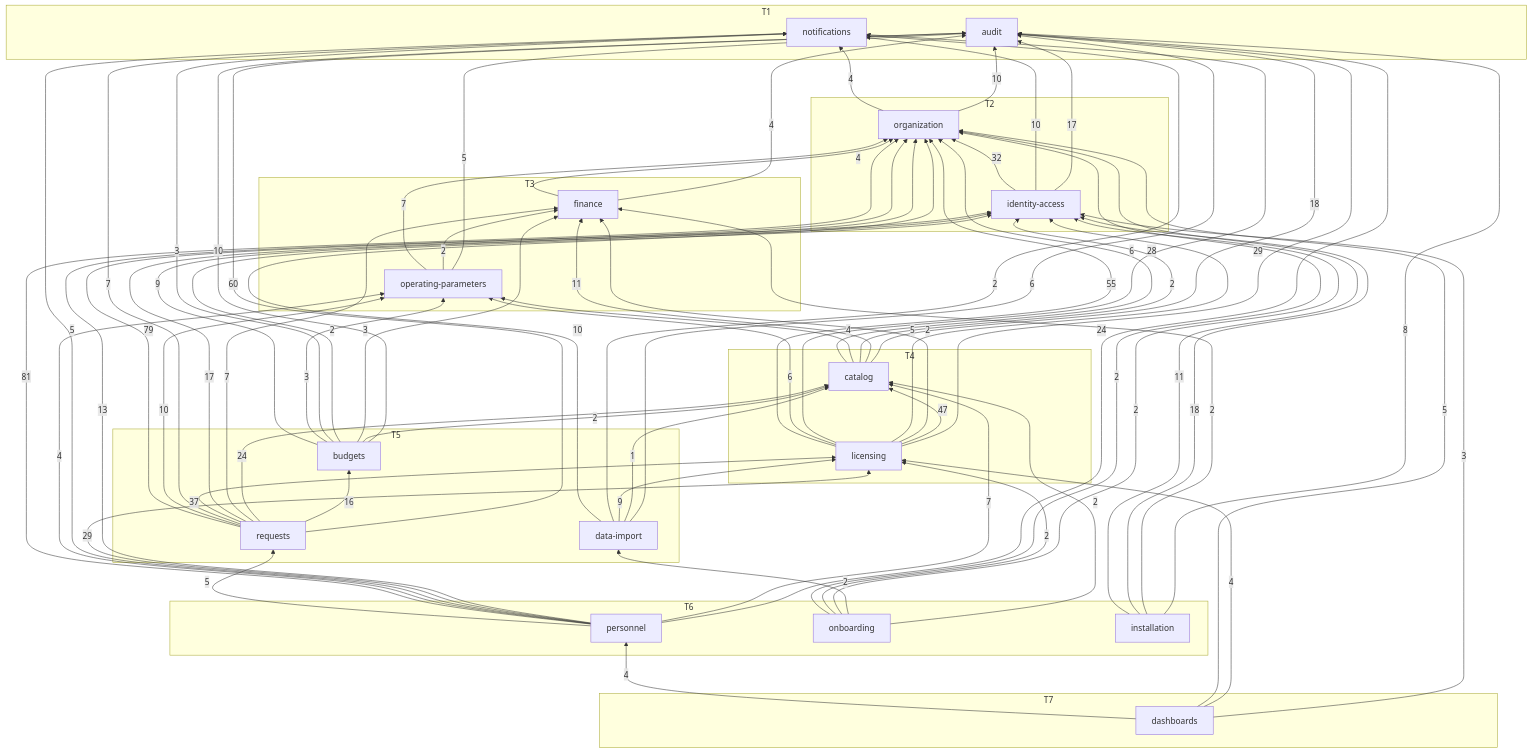
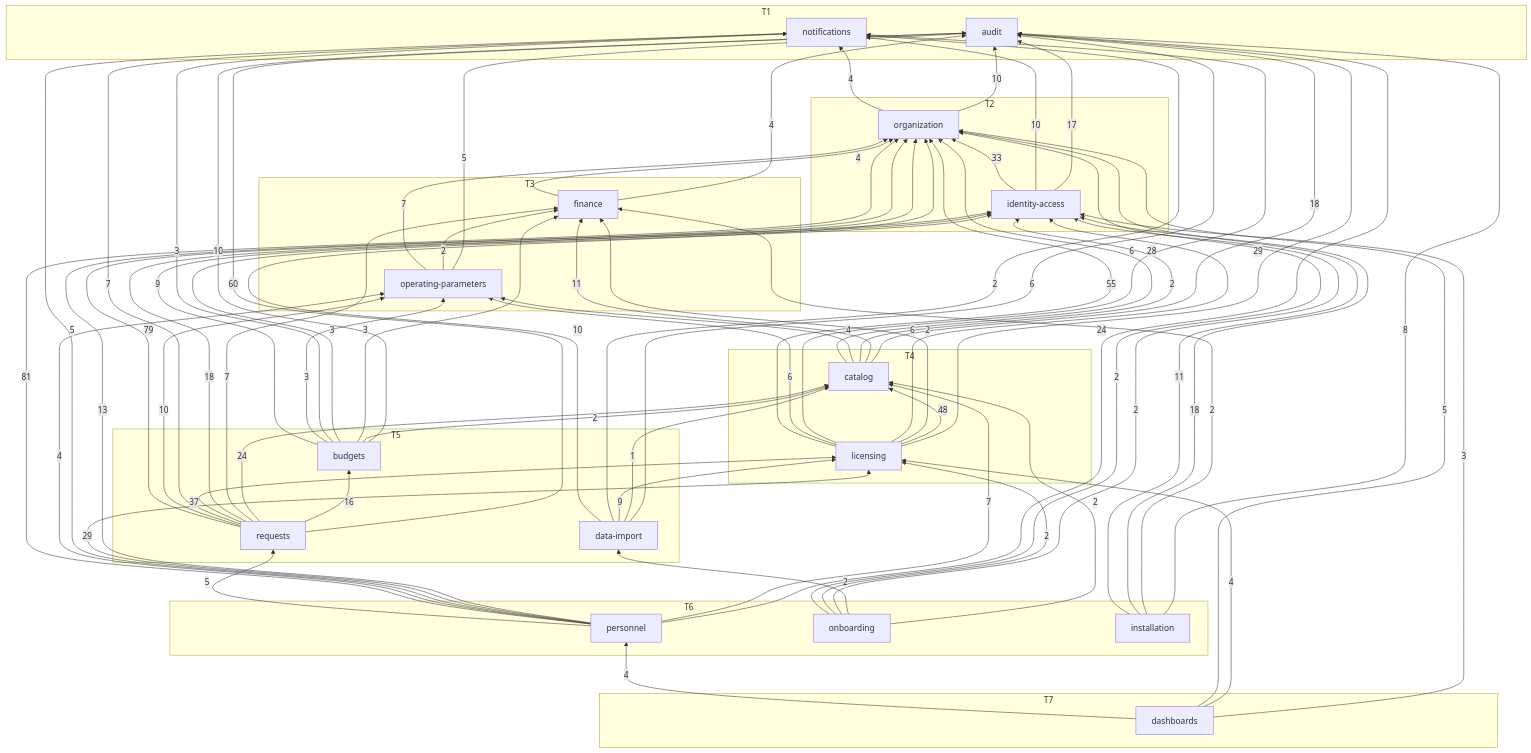
One commit to SEP490-FALL2026/BE-dev changed the diagram in docs/generated/module-graph.md. Above: the diagram before and after it, drawn with Mermaid. The commit also changed 27 other files, not shown here.

```diff
--- a/docs/generated/module-graph.md
+++ b/docs/generated/module-graph.md
@@ -37,7 +37,7 @@
   budgets -->|10| audit
   budgets -->|2| catalog
   budgets -->|3| finance
-  budgets -->|2| identity_access
+  budgets -->|3| identity_access
   budgets -->|3| notifications
   budgets -->|3| operating_parameters
   budgets -->|9| organization
@@ -59,15 +59,15 @@
   finance -->|4| organization
   identity_access -->|17| audit
   identity_access -->|10| notifications
-  identity_access -->|32| organization
+  identity_access -->|33| organization
   installation -->|8| audit
   installation -->|2| finance
   installation -->|18| identity_access
   installation -->|11| organization
   licensing -->|29| audit
-  licensing -->|47| catalog
+  licensing -->|48| catalog
   licensing -->|2| finance
-  licensing -->|5| identity_access
+  licensing -->|6| identity_access
   licensing -->|6| notifications
   licensing -->|6| operating_parameters
   licensing -->|55| organization
@@ -93,7 +93,7 @@
   requests -->|16| budgets
   requests -->|24| catalog
   requests -->|7| finance
-  requests -->|17| identity_access
+  requests -->|18| identity_access
   requests -->|37| licensing
   requests -->|7| notifications
   requests -->|10| operating_parameters
```
